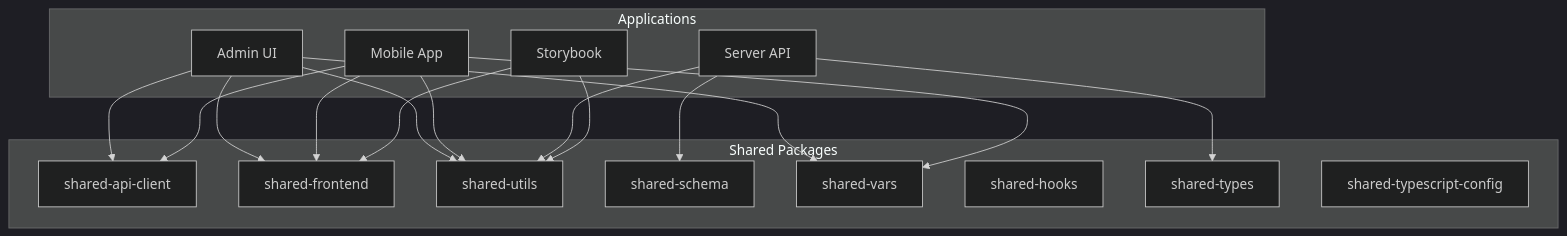
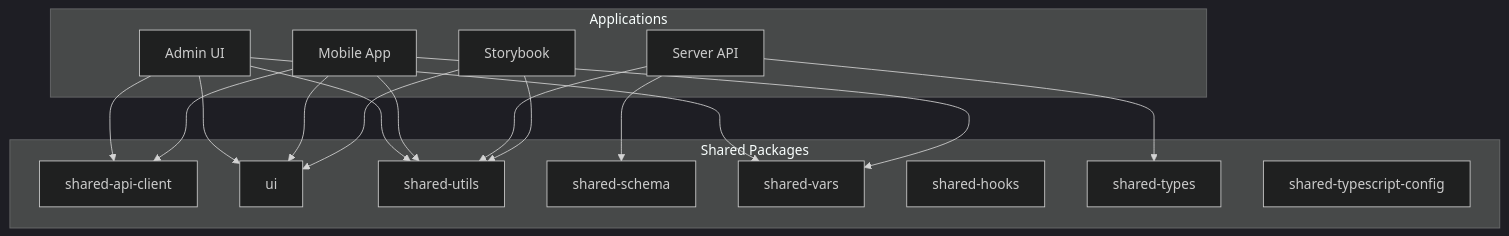
One commit to kimjoongwon/prj-core changed the first of 2 diagrams in .qoder/repowiki/en/content/System Overview/System Overview.md. Above: the diagram before and after it, drawn with Mermaid (dark theme). The commit also changed other lines of this file and 56 other files, not shown here.

````diff
--- a/.qoder/repowiki/en/content/System Overview/System Overview.md
+++ b/.qoder/repowiki/en/content/System Overview/System Overview.md
@@ -47,32 +48,32 @@
 ```mermaid
 graph TB
 subgraph "Applications"
 A[Admin UI]
 B[Mobile App]
 C[Server API]
 D[Storybook]
 end
 subgraph "Shared Packages"
 E[shared-api-client]
-F[shared-frontend]
+F[ui]
 G[shared-utils]
 H[shared-schema]
 I[shared-vars]
 J[shared-hooks]
 K[shared-types]
 L[shared-typescript-config]
 end
 A --> E
 A --> F
 A --> G
 A --> I
 B --> E
 B --> F
 B --> G
 B --> I
 C --> H
 C --> G
 C --> K
 D --> F
 D --> G
 ```
````
